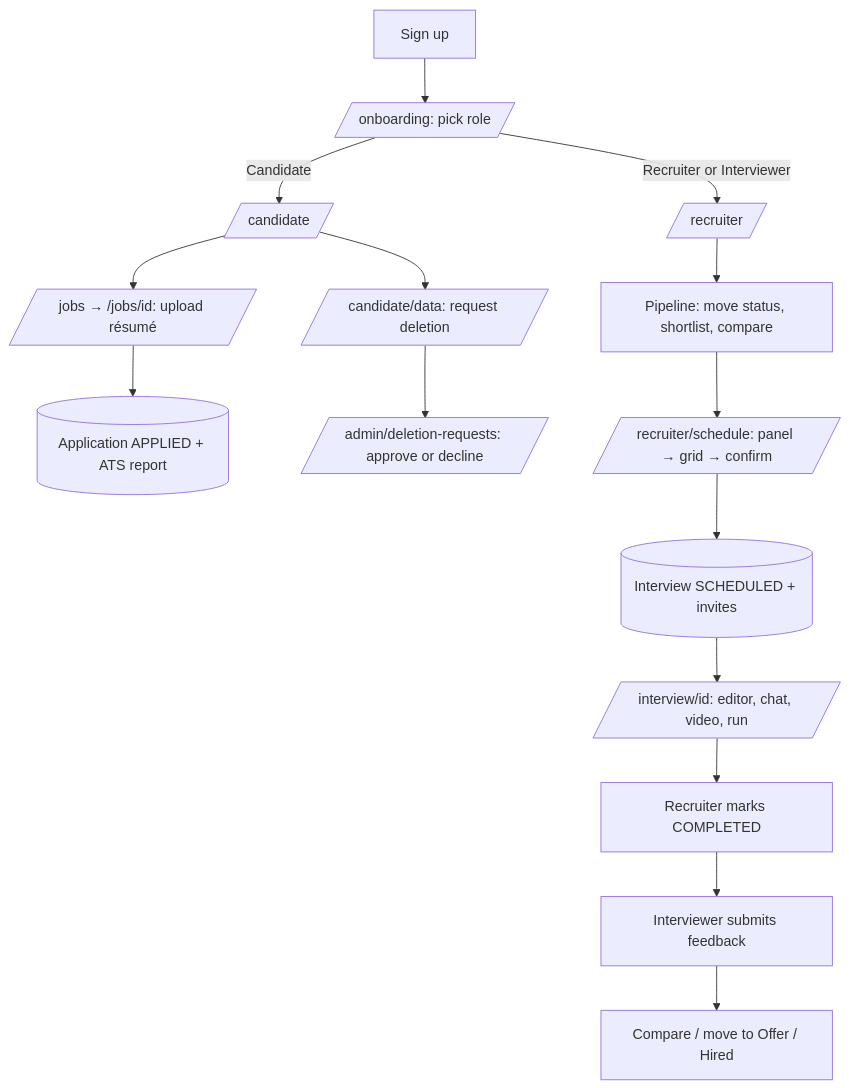
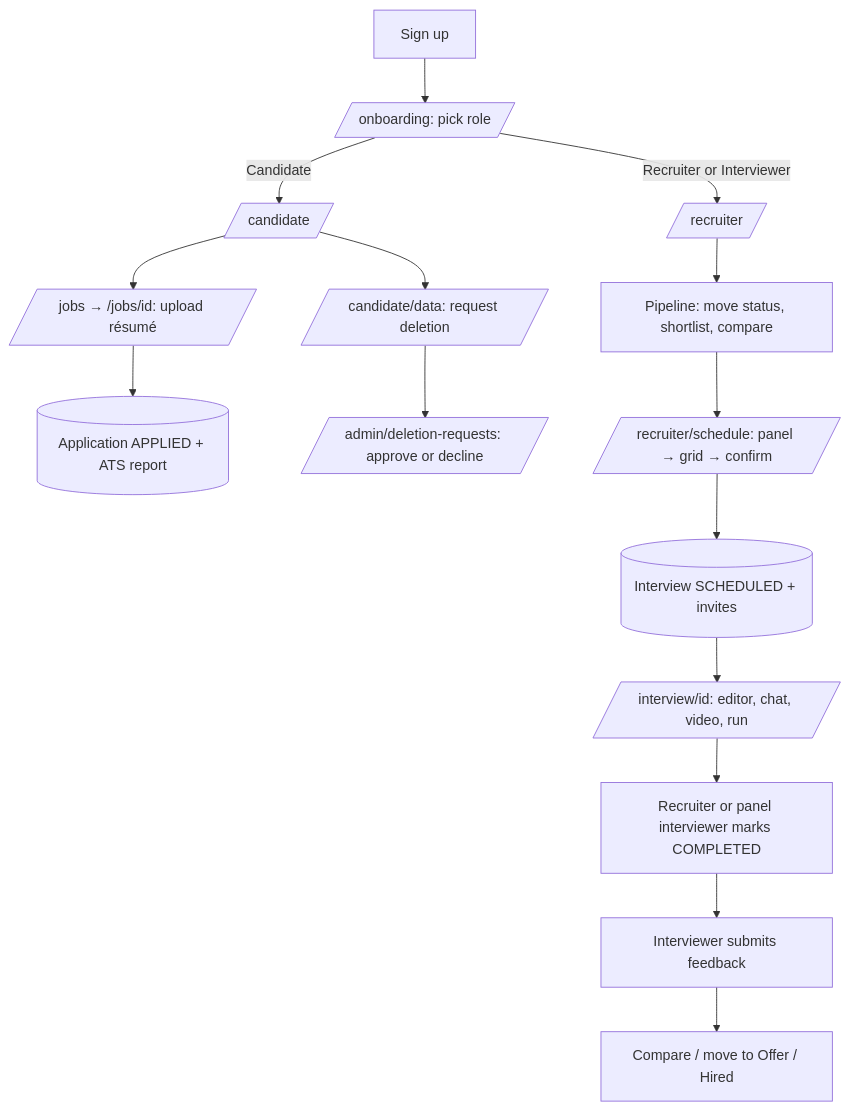
One commit to coderashhar/RecruitEasy changed the second of 2 diagrams in docs/handoff/HANDOFF.md. Above: the diagram before and after it, drawn with Mermaid. The commit also changed other lines of this file and 6 other files, not shown here.

````diff
--- a/docs/handoff/HANDOFF.md
+++ b/docs/handoff/HANDOFF.md
@@ -836,17 +837,17 @@
 ```mermaid
 flowchart TD
   A[Sign up] --> B[/onboarding: pick role/]
   B -->|Candidate| C[/candidate/]
   B -->|Recruiter or Interviewer| R[/recruiter/]
   C --> J[/jobs → /jobs/id: upload résumé/]
   J --> K[(Application APPLIED + ATS report)]
   R --> P[Pipeline: move status, shortlist, compare]
   P --> S[/recruiter/schedule: panel → grid → confirm/]
   S --> I[(Interview SCHEDULED + invites)]
   I --> RM[/interview/id: editor, chat, video, run/]
-  RM --> M[Recruiter marks COMPLETED]
+  RM --> M[Recruiter or panel interviewer marks COMPLETED]
   M --> F[Interviewer submits feedback]
   F --> CMP[Compare / move to Offer / Hired]
   C --> D[/candidate/data: request deletion/]
   D --> AD[/admin/deletion-requests: approve or decline/]
 ```
````
